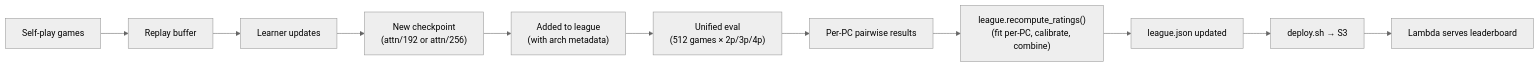
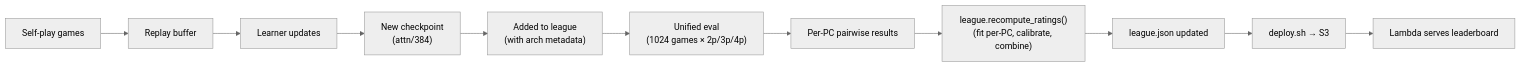
Before and after one commit to MixMasterMitch/splendor-rl: the fifth of 7 diagrams in ARCHITECTURE.md, drawn with Mermaid (neutral theme). The commit also changed other lines of this file and 56 other files, not shown here.

````diff
--- a/ARCHITECTURE.md
+++ b/ARCHITECTURE.md
@@ -486,13 +487,13 @@
 ```mermaid
 graph LR
     SP["Self-play games"] --> RB["Replay buffer"]
     RB --> LU["Learner updates"]
-    LU --> NC["New checkpoint<br/>(attn/192 or attn/256)"]
+    LU --> NC["New checkpoint<br/>(attn/384)"]
     NC --> League["Added to league<br/>(with arch metadata)"]
-    League --> UE["Unified eval<br/>(512 games × 2p/3p/4p)"]
+    League --> UE["Unified eval<br/>(1024 games × 2p/3p/4p)"]
     UE --> PR["Per-PC pairwise results"]
     PR --> RR["league.recompute_ratings()<br/>(fit per-PC, calibrate, combine)"]
     RR --> LJ["league.json updated"]
     LJ --> Deploy["deploy.sh → S3"]
     Deploy --> Lambda["Lambda serves leaderboard"]
 ```
````
